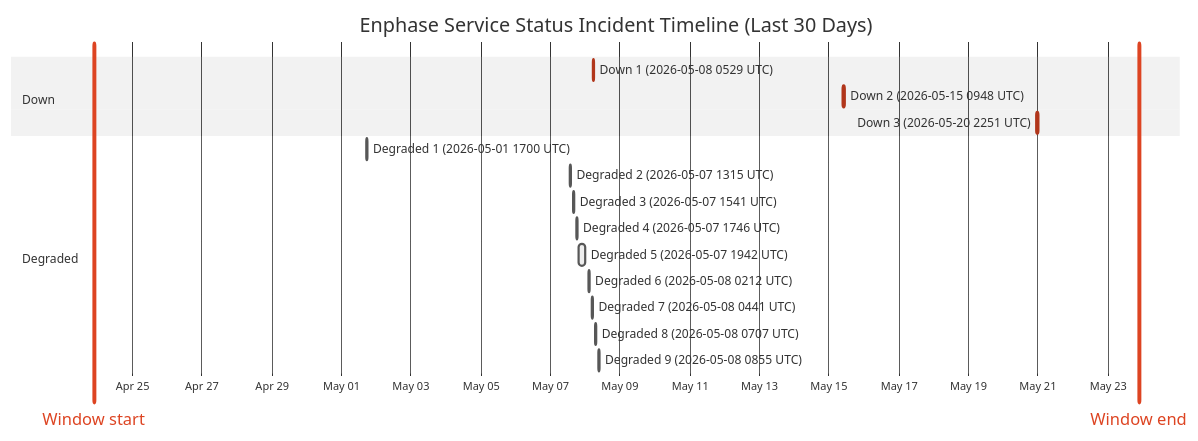
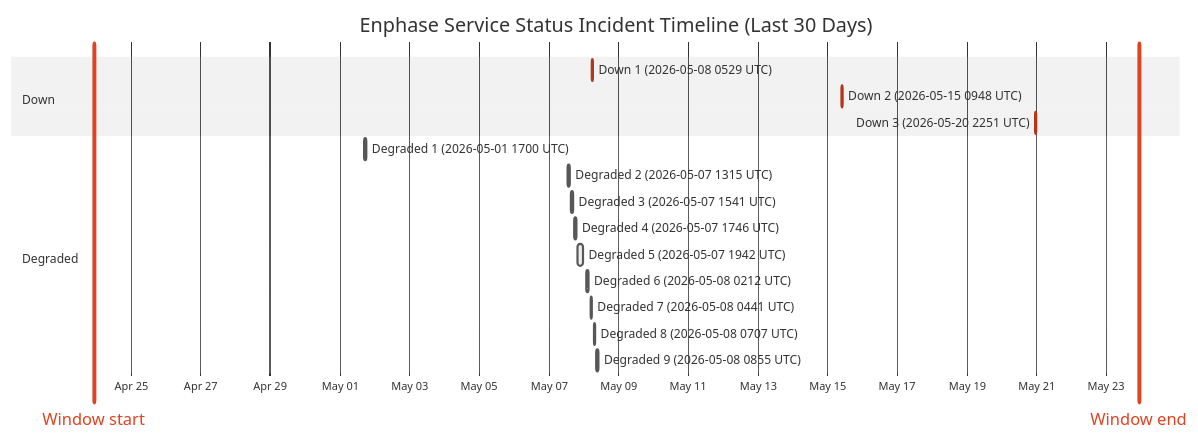
The diagram in wiki/Service-Status-History.md (barneyonline/ha-enphase-ev-charger), drawn with Mermaid (neutral theme) before and after one commit. The commit also changed other lines of this file and 3 other files, not shown here.

````diff
--- a/wiki/Service-Status-History.md
+++ b/wiki/Service-Status-History.md
@@ -14,22 +14,22 @@
 ```mermaid
 gantt
     title Enphase Service Status Incident Timeline (Last 30 Days)
     dateFormat  YYYY-MM-DDTHH:mm:ss
     axisFormat  %b %d
-    Window start :vert, window-start, 2026-04-23T21:25:30, 0ms
-    Window end :vert, window-end, 2026-05-23T21:25:30, 0ms
+    Window start :vert, window-start, 2026-04-23T22:25:14, 0ms
+    Window end :vert, window-end, 2026-05-23T22:25:14, 0ms
     section Down
     Down 1 (2026-05-08 0529 UTC) :crit, down-1, 2026-05-08T05:29:47, 60m
     Down 2 (2026-05-15 0948 UTC) :crit, down-2, 2026-05-15T09:48:18, 60m
     Down 3 (2026-05-20 2251 UTC) :crit, down-3, 2026-05-20T22:51:14, 75m
     section Degraded
     Degraded 1 (2026-05-01 1700 UTC) :active, degraded-1, 2026-05-01T17:00:22, 60m
     Degraded 2 (2026-05-07 1315 UTC) :active, degraded-2, 2026-05-07T13:15:25, 60m
     Degraded 3 (2026-05-07 1541 UTC) :active, degraded-3, 2026-05-07T15:41:58, 60m
     Degraded 4 (2026-05-07 1746 UTC) :active, degraded-4, 2026-05-07T17:46:51, 60m
     Degraded 5 (2026-05-07 1942 UTC) :active, degraded-5, 2026-05-07T19:42:10, 249m
     Degraded 6 (2026-05-08 0212 UTC) :active, degraded-6, 2026-05-08T02:12:39, 60m
     Degraded 7 (2026-05-08 0441 UTC) :active, degraded-7, 2026-05-08T04:41:46, 60m
     Degraded 8 (2026-05-08 0707 UTC) :active, degraded-8, 2026-05-08T07:07:30, 60m
     Degraded 9 (2026-05-08 0855 UTC) :active, degraded-9, 2026-05-08T08:55:20, 88m
 ```
````
